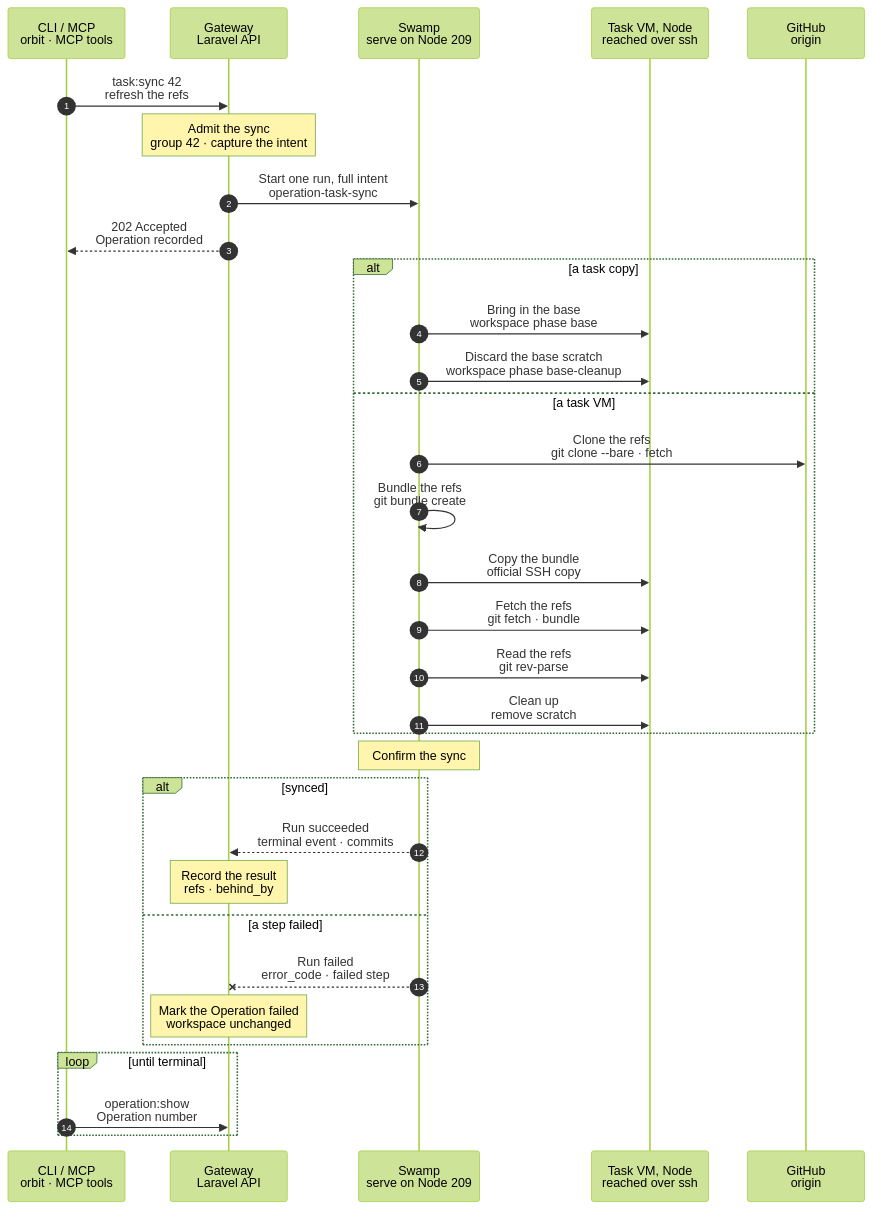
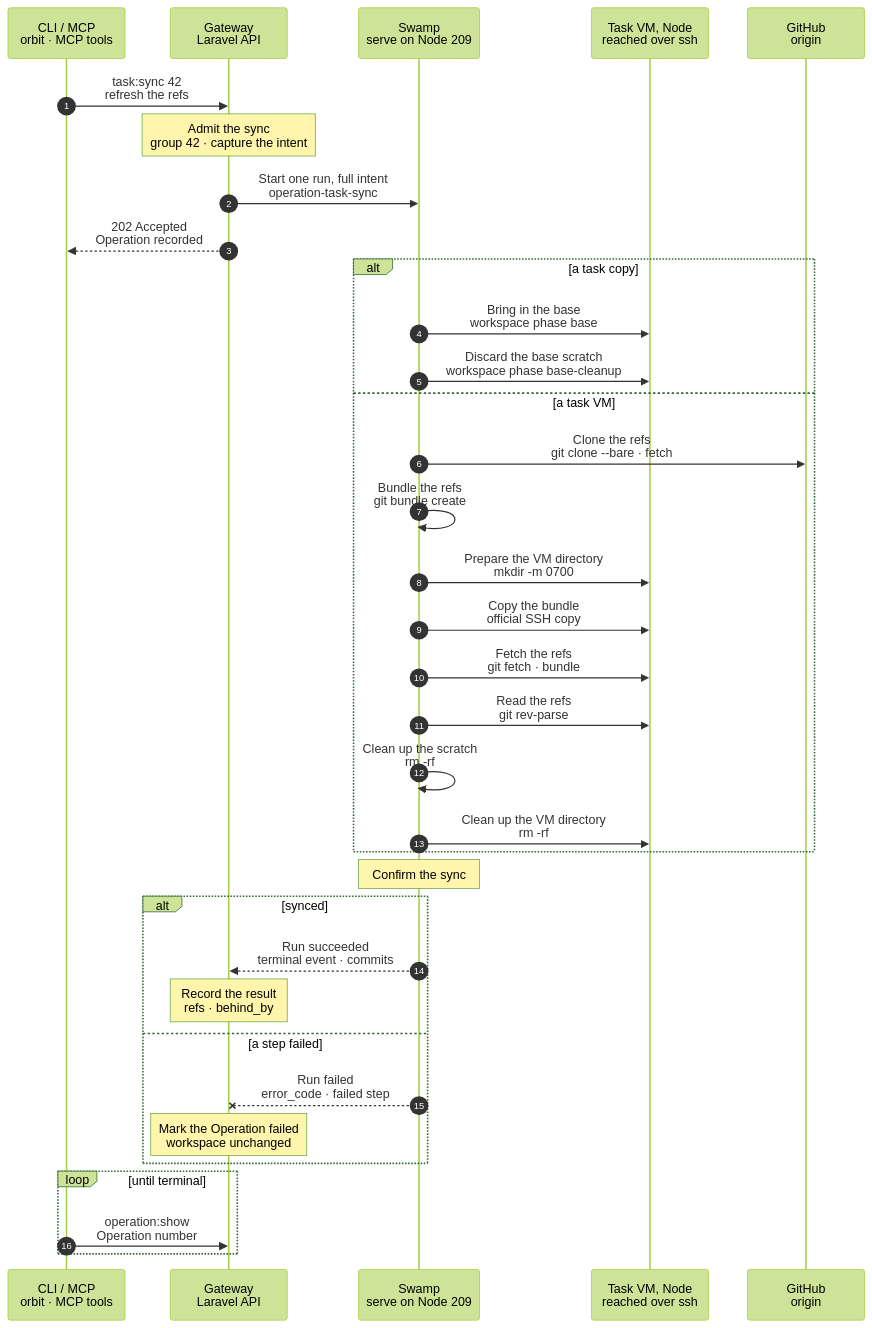
One commit to hardimpactdev/orbit changed the diagram in docs/cli/task/sync.mmd. Above: the diagram before and after it, drawn with Mermaid (forest theme). The commit also changed 6 other files, not shown here.

First line of the commit message:
feat(swamp): task:sync takes the copy path by the intent key copy

```diff
--- a/docs/cli/task/sync.mmd
+++ b/docs/cli/task/sync.mmd
@@ -1,109 +1,115 @@
 sequenceDiagram
   %% Target design: stage 2 and stage 4 of the command development pipeline (docs/reference/pipeline/2-development-environment.mmd, 4-pr-and-ci.mmd). A task VM holds no GitHub credential, so the workspace cannot fetch. The author needs the branch of the pull request and main when either moved on origin (a merge of main into the branch, a correction pushed by the owner), to merge or rebase before the push. Decided by the orchestrator, for Nick's review.
   %% Task copy (2026-11-14): the same kind brings the Project's default branch into a task copy through the copy's Node mirror and one incremental bundle; no credential enters the copy and the branch is never merged or rebased. The run selects the copy path by the intent key `copy`; the task VM steps read only the keys they read before, so a run that an older Gateway admitted keeps its task VM path. Task VMs get no new work. docs/reference/tasks.md#bring-main-into-a-copy.
   %% status: draft
   %% command: task:sync
   %% kind: tasks.sync
   autonumber
   %% lane CLI icon=terminal pill=caller tone=gray
   %% lane GW icon=gateway pill=intent tone=blue
   %% lane SW icon=workflow pill=executes tone=green
   %% lane N icon=server pill=target tone=amber
   %% lane GH icon=server pill=target tone=purple
   participant CLI as CLI / MCP<br/>orbit · MCP tools
   participant GW as Gateway<br/>Laravel API
   participant SW as Swamp<br/>serve on Node 209
   participant N as Task VM, Node<br/>reached over ssh
   participant GH as GitHub<br/>origin
   CLI->>GW: task:sync 42<br/>refresh the refs
   %%> Command:
   %%> - the MCP tool `task-sync`, or `POST /api/v1/tasks/42/sync` with an `Idempotency-Key` and no body
   Note over GW: Admit the sync<br/>group 42 · capture the intent
   %%> Requirements:
   %%> - your Node has an access grant to the Gateway
   %%> - group 42 is open and external, with its own task VM workspace and a pushed branch `task-42`, or with its own task copy
   %%> - a task VM runs; a parked VM is woken by the admission, which answers `tasks.vm_resuming`
   %%> - a task copy's container runs, else `tasks.instance_not_running`, and no copy turn of the group is unended, else `tasks.copy_turn_unended`
   %%> - no other task runs on group 42, so no check or publish; the Gateway holds one lock per group
   %%> What it does:
   %%> - captures the repository, the default branch, the branch `task-42`, the workspace path and the SSH target of the VM
   %%> - for a task copy, adds `copy`: its Node's SSH target, its container, its start commit and its Node mirror
   %%> - names the vault key of the read credential
   %%> Decided by the orchestrator, for Nick's review:
   %%> - no Swamp step calls the Gateway: the Gateway mints the read token (`contents: read`, valid one hour) as it starts the run and writes it to that vault key, as it does for the Pi token of a turn; the run gets only the key name
   %%> - each run mints its own credential; a later run never reuses it
   GW->>SW: Start one run, full intent<br/>operation-task-sync
   %%> Inputs:
   %%> - the whole intent above and the vault key name of the read credential, never the credential
   %%> - no step of the run calls the Gateway
   GW-->>CLI: 202 Accepted<br/>Operation recorded
   %%> Next:
   %%> - the CLI follows the Operation with `operation:show`
   alt a task copy
     SW->>N: Bring in the base<br/>workspace phase base
     %%> On the Node:
     %%> - first removes what an earlier, cancelled sync of the copy left in the copy's Node scratch and bundle folder, which the copy's Instance names
     %%> - writes the read credential to a file in that scratch, mode 0600, readable by root only, and removes it in an `always` block; it never enters the container
     %%> - fetches `+refs/heads/<default>` from the Project's repository into the copy's own mirror, `/var/lib/orbit/instance-repositories/<instance>.git`; a missing mirror is made from the default's mirror first
     %%> - bundles the default branch without the commits the copy already holds (`^origin/<default>`, `^task-42`, where the mirror holds them); when the copy holds the head already, no bundle is made
     %%> In the container, as `agent`:
     %%> - `git fetch` of the bundle into `refs/remotes/origin/<default>` only
     %%> - reads the default head, the branch commit, `git rev-list --count task-42..origin/<default>` and the copy's start
     %%> Result:
     %%> - HEAD, the working tree, the index and the local branches are not touched; nothing is merged or rebased
     %%> Source:
     %%> - the Project's repository, for every Project; a Project whose repository receives main only at a release sees the last released main
     SW->>N: Discard the base scratch<br/>workspace phase base-cleanup
     %%> When:
     %%> - always: after success, failure or a cancelled run
     %%> What it does:
     %%> - removes the copy's credential file and bundle on the Node and the bundle in the container
     %%> - a cancelled run may skip this step; the next sync of the copy removes the same scratch before its fetch
     %%> Test:
     %%> - a failed and a cancelled sync leave no credential file on the Node and no bundle in the copy
   else a task VM
     SW->>GH: Clone the refs<br/>git clone --bare · fetch
     %%> What it does:
     %%> - on Node 209, in a scratch directory of the run: a bare clone of the default branch and a fetch of `task-42`, with the token, read from its vault key, as an extra header of the commands and nowhere else
     SW->>SW: Bundle the refs<br/>git bundle create
     %%> What it does:
     %%> - one bundle of the default branch and `task-42`
+    SW->>N: Prepare the VM directory<br/>mkdir -m 0700
+    %%> What it does:
+    %%> - a private directory of the run on the VM
     SW->>N: Copy the bundle<br/>official SSH copy
     %%> What it does:
-    %%> - prepares a private directory on the VM and copies the bundle into it; no token and no script reaches the VM
+    %%> - copies the bundle into that directory; no token and no script reaches the VM
     SW->>N: Fetch the refs<br/>git fetch · bundle
     %%> What it does:
     %%> - `git fetch` of the bundle into `refs/remotes/origin/<default branch>` and `refs/remotes/origin/task-42` of the workspace
     %%> Result:
     %%> - HEAD, the working tree and the local branches are not touched; the author merges or rebases itself, as the review of the stage asks
     SW->>N: Read the refs<br/>git rev-parse
     %%> What it does:
     %%> - reads the two commits the fetch stored
-    SW->>N: Clean up<br/>remove scratch
+    SW->>SW: Clean up the scratch<br/>rm -rf
     %%> When:
-    %%> - always, on success and failure: the scratch directory on Node 209 and the one on the VM
+    %%> - always, on success and failure: the scratch directory of the run on Node 209
+    SW->>N: Clean up the VM directory<br/>rm -rf
+    %%> When:
+    %%> - always, after the scratch: the run's directory on the VM
   end
   Note over SW: Confirm the sync
   %%> What it does:
-  %%> - native assert: the fetch, the read and the clean up succeeded
+  %%> - native assert: for a task VM, the read and both clean ups succeeded; for a task copy, the base and its discard succeeded
   alt synced
     SW-->>GW: Run succeeded<br/>terminal event · commits
     %%> How the Gateway learns it:
     %%> - its shared run reader sees the terminal event; Swamp never calls the Gateway
     Note over GW: Record the result<br/>refs · behind_by
     %%> Result:
     %%> - a task VM: the commit of the default branch and the commit of `task-42`
     %%> - a task copy: `default_branch`, `default_commit`, `branch`, `branch_commit`, `behind_by` and `start`
   else a step failed
     SW--xGW: Run failed<br/>error_code · failed step
     %%> The Gateway reads:
     %%> - which step failed; a branch that does not exist on origin fails the clone step
     Note over GW: Mark the Operation failed<br/>workspace unchanged
     %%> Retry:
     %%> - run it again: a new run mints a new credential, and a fetch that already happened makes the next bundle smaller
   end
   loop until terminal
     CLI->>GW: operation:show<br/>Operation number
     %%> Returns:
     %%> - the Operation status, and the commits and `behind_by` when the run succeeded
   end
```
